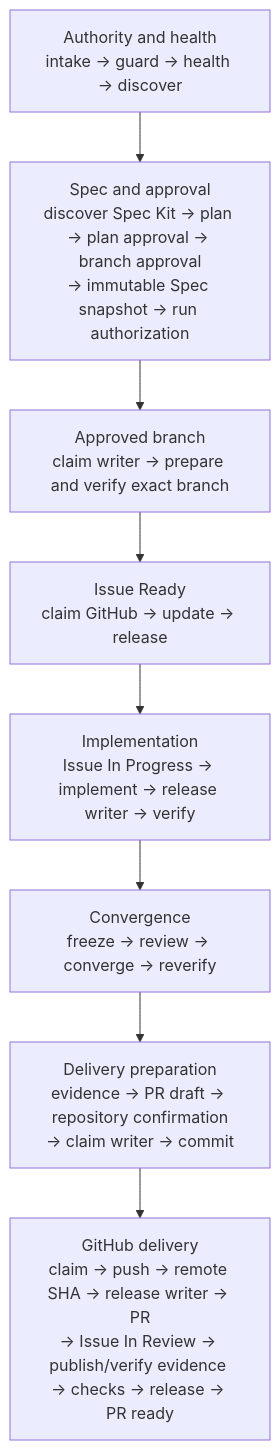
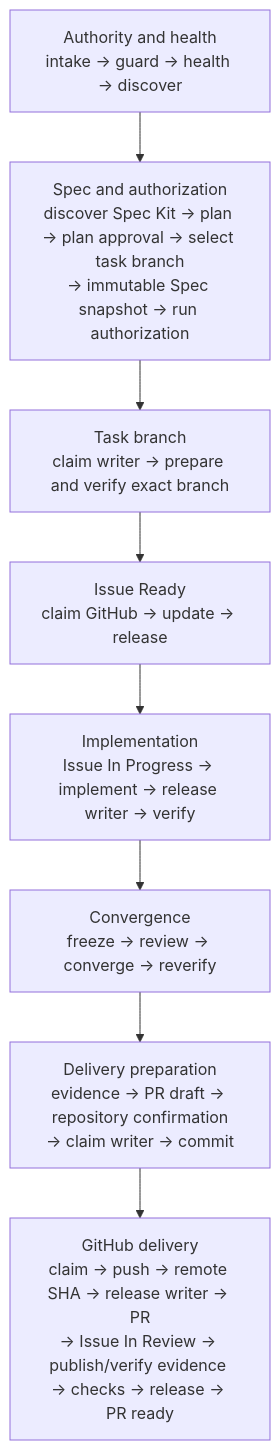
One commit to ShawnBaek/ai-workflow-apple-platform-engineer changed the diagram in skills/agent-harness/references/architecture.md. Above: the diagram before and after it, drawn with Mermaid. The commit also changed other lines of this file and 9 other files, not shown here.

````diff
--- a/skills/agent-harness/references/architecture.md
+++ b/skills/agent-harness/references/architecture.md
@@ -39,12 +39,12 @@
 ```mermaid
 flowchart TB
     A["Authority and health<br/>intake → guard → health → discover"]
-    S["Spec and approval<br/>discover Spec Kit → plan → plan approval → branch approval<br/>→ immutable Spec snapshot → run authorization"]
-    B["Approved branch<br/>claim writer → prepare and verify exact branch"]
+    S["Spec and authorization<br/>discover Spec Kit → plan → plan approval → select task branch<br/>→ immutable Spec snapshot → run authorization"]
+    B["Task branch<br/>claim writer → prepare and verify exact branch"]
     T["Issue Ready<br/>claim GitHub → update → release"]
     I["Implementation<br/>Issue In Progress → implement → release writer → verify"]
     R["Convergence<br/>freeze → review → converge → reverify"]
     D["Delivery preparation<br/>evidence → PR draft → repository confirmation<br/>→ claim writer → commit"]
     G["GitHub delivery<br/>claim → push → remote SHA → release writer → PR<br/>→ Issue In Review → publish/verify evidence → checks → release → PR ready"]
     A --> S --> B --> T --> I --> R --> D --> G
 ```
````
